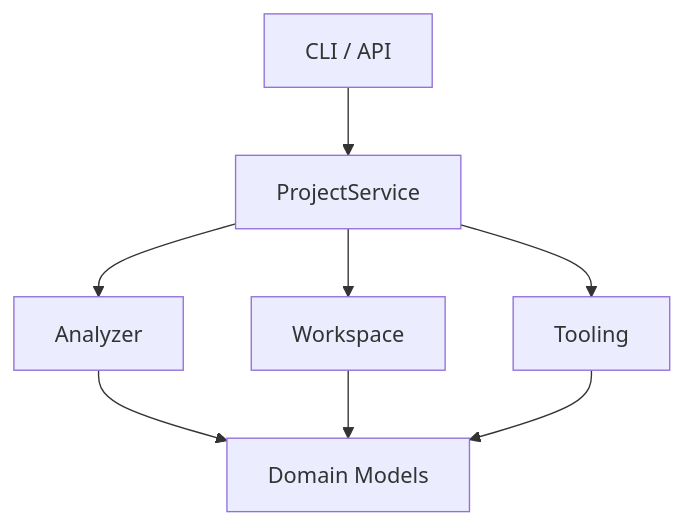
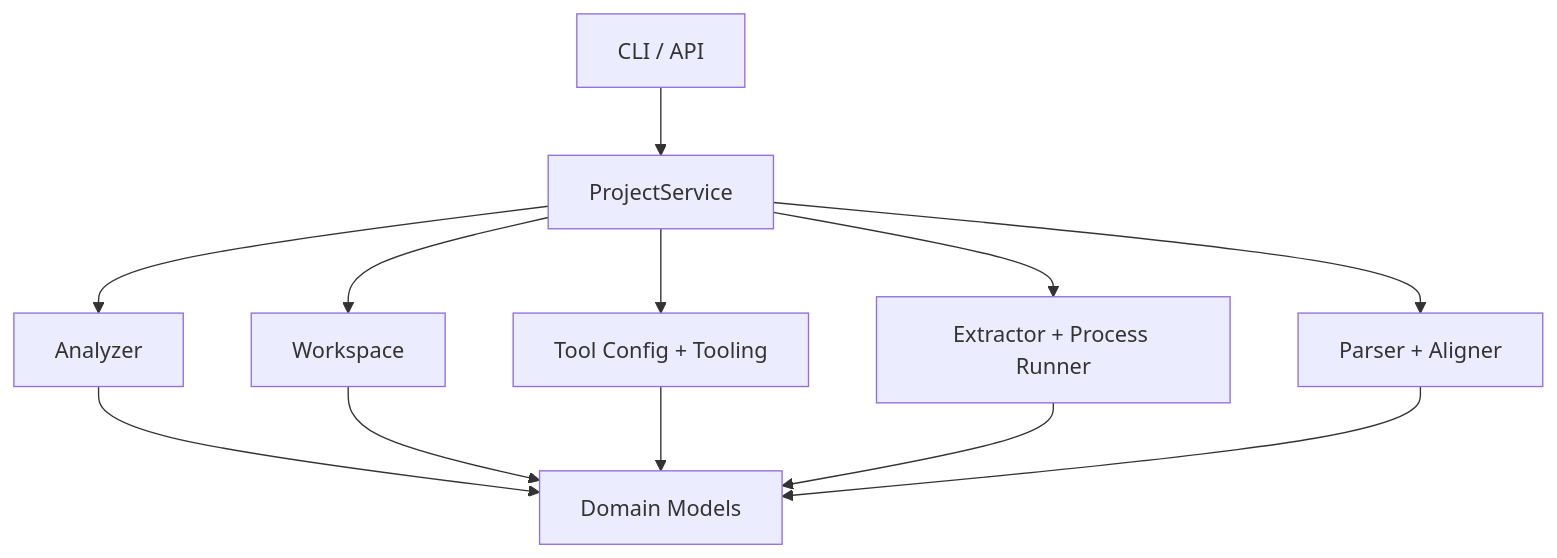
The diagram in docs/structure-and-runtime.zh-CN.md (Palind-Rome/DuolinGal), drawn with Mermaid before and after one commit. The commit also changed other lines of this file and 7 other files, not shown here.

````diff
--- a/docs/structure-and-runtime.zh-CN.md
+++ b/docs/structure-and-runtime.zh-CN.md
@@ -151,10 +108,14 @@
 ```mermaid
 flowchart TD
   A["CLI / API"] --> B["ProjectService"]
   B --> C["Analyzer"]
   B --> D["Workspace"]
-  B --> E["Tooling"]
-  C --> F["Domain Models"]
-  D --> F
-  E --> F
+  B --> E["Tool Config + Tooling"]
+  B --> F["Extractor + Process Runner"]
+  B --> G["Parser + Aligner"]
+  C --> H["Domain Models"]
+  D --> H
+  E --> H
+  F --> H
+  G --> H
 ```
````
